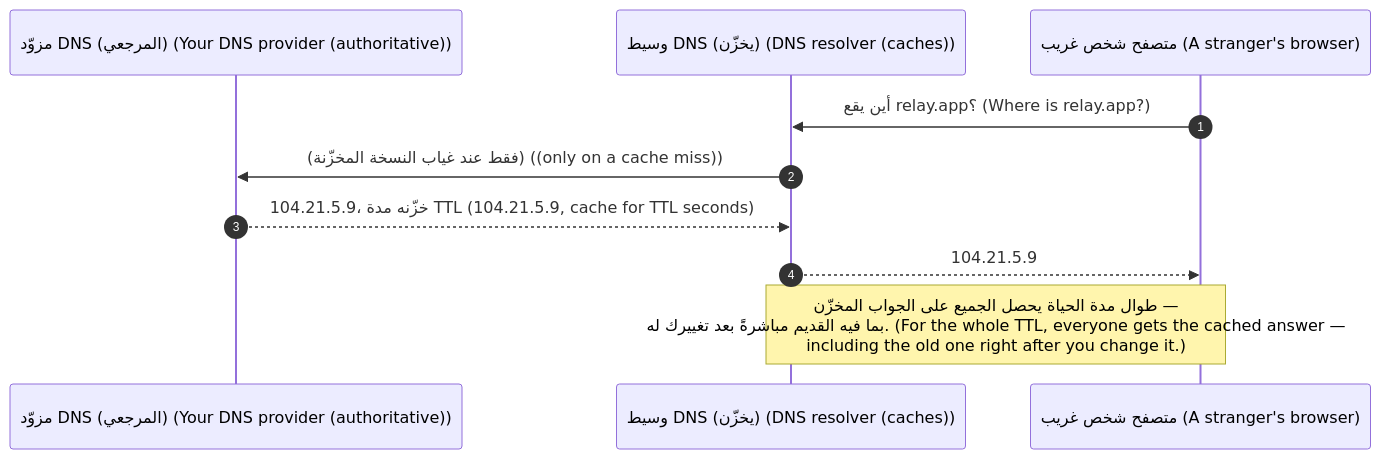
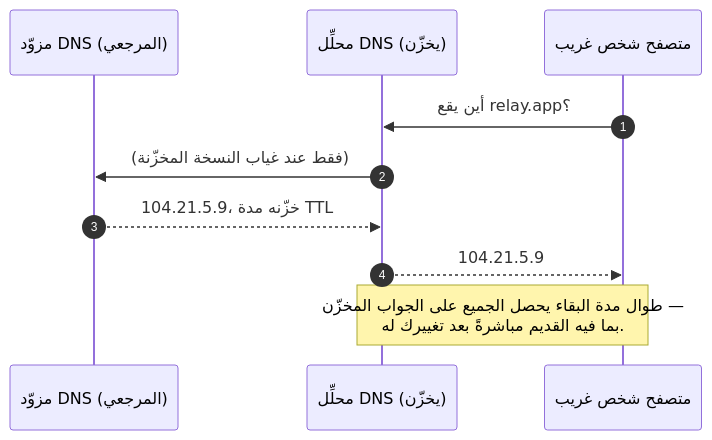
Before and after one commit to Tamoura/system-design-for-vibe-coders: the first of 5 diagrams in modules/11-reaching-the-world/module.ar.md, drawn with Mermaid. The commit also changed other lines of this file and 551 other files, not shown here.

````diff
--- a/modules/11-reaching-the-world/module.ar.md
+++ b/modules/11-reaching-the-world/module.ar.md
@@ -37,12 +37,12 @@
 ```mermaid
 sequenceDiagram
     autonumber
-    participant A as مزوّد DNS (المرجعي) (Your DNS provider (authoritative))
-    participant R as وسيط DNS (يخزّن) (DNS resolver (caches))
-    participant U as متصفح شخص غريب (A stranger's browser)
-    U->>R: أين يقع relay.app؟ (Where is relay.app?)
-    R->>A: (فقط عند غياب النسخة المخزّنة) ((only on a cache miss))
-    A-->>R: 104.21.5.9، خزّنه مدة TTL (104.21.5.9, cache for TTL seconds)
+    participant A as مزوّد DNS (المرجعي)
+    participant R as محلِّل DNS (يخزّن)
+    participant U as متصفح شخص غريب
+    U->>R: أين يقع relay.app؟
+    R->>A: (فقط عند غياب النسخة المخزّنة)
+    A-->>R: 104.21.5.9، خزّنه مدة TTL
     R-->>U: 104.21.5.9
-    Note over R,U: طوال مدة الحياة يحصل الجميع على الجواب المخزّن —<br/>بما فيه القديم مباشرةً بعد تغييرك له. (For the whole TTL, everyone gets the cached answer —<br/>including the old one right after you change it.)
+    Note over R,U: طوال مدة البقاء يحصل الجميع على الجواب المخزّن —<br/>بما فيه القديم مباشرةً بعد تغييرك له.
 ```
````
